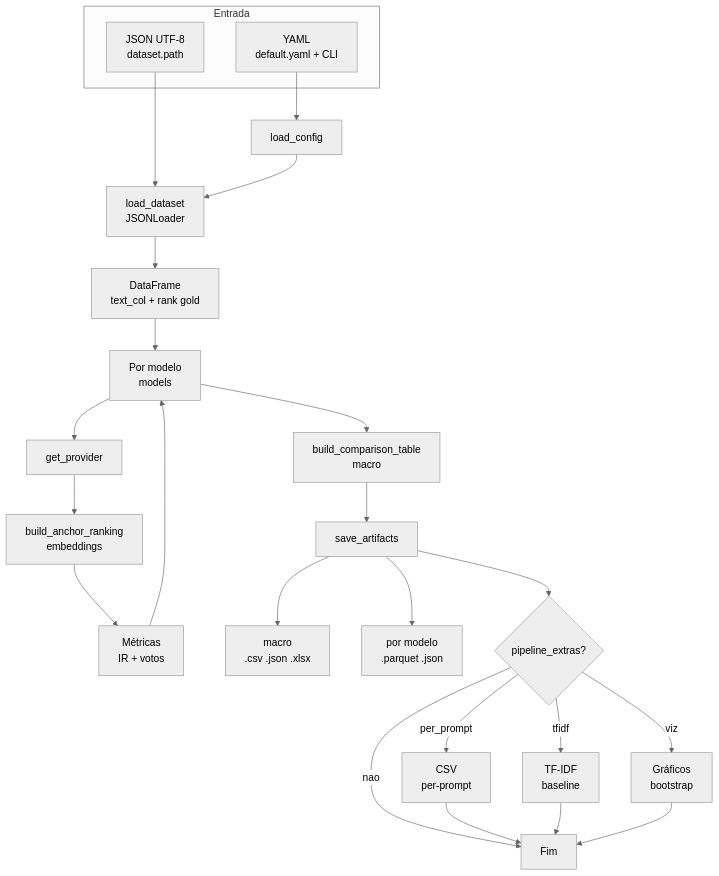
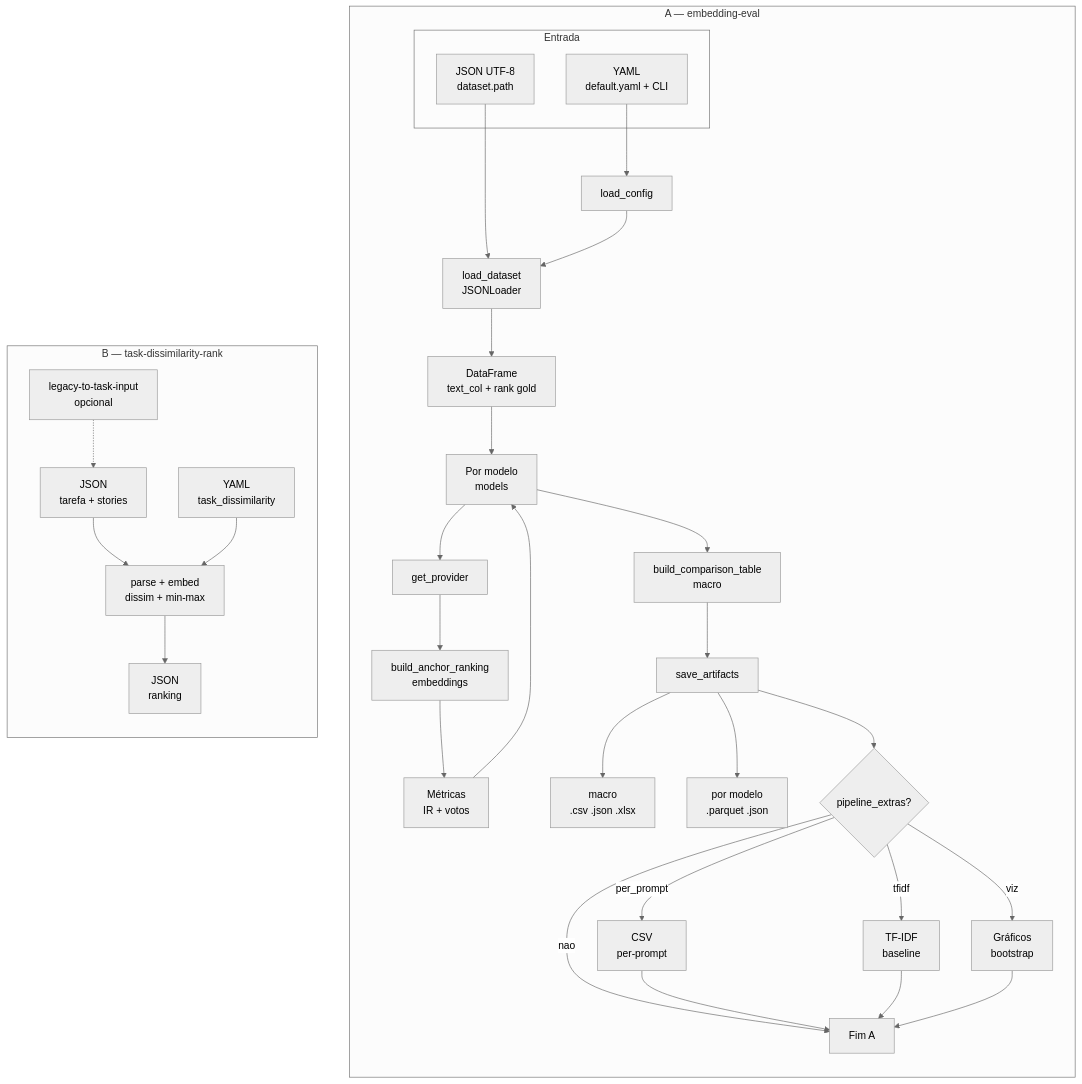
Before and after one commit to romulobrito/LLM-ideation: the diagram in embedding_models_eval/README.md, drawn with Mermaid (neutral theme). The commit also changed other lines of this file and 15 other files, not shown here.

First line of the commit message:
feat(embedding_models_eval): ranking por dissimilaridade com YAML e CLI

````diff
--- a/embedding_models_eval/README.md
+++ b/embedding_models_eval/README.md
@@ -11,28 +21,41 @@
 ```mermaid
 flowchart TD
-  subgraph ent[Entrada]
-    J["JSON UTF-8<br/>dataset.path"]
-    Y["YAML<br/>default.yaml + CLI"]
+  subgraph GA["A — embedding-eval"]
+    direction TB
+    subgraph ent[Entrada]
+      J["JSON UTF-8<br/>dataset.path"]
+      Y["YAML<br/>default.yaml + CLI"]
+    end
+    J --> LD["load_dataset<br/>JSONLoader"]
+    Y --> LC[load_config]
+    LC --> LD
+    LD --> DF["DataFrame<br/>text_col + rank gold"]
+    DF --> LP["Por modelo<br/>models"]
+    LP --> GP[get_provider]
+    GP --> BR["build_anchor_ranking<br/>embeddings"]
+    BR --> MC["Métricas<br/>IR + votos"]
+    MC --> LP
+    LP --> AG["build_comparison_table<br/>macro"]
+    AG --> SA[save_artifacts]
+    SA --> O1["macro<br/>.csv .json .xlsx"]
+    SA --> O2["por modelo<br/>.parquet .json"]
+    SA --> EX{"pipeline_extras?"}
+    EX -->|per_prompt| PP["CSV<br/>per-prompt"]
+    EX -->|tfidf| TF["TF-IDF<br/>baseline"]
+    EX -->|viz| VZ["Gráficos<br/>bootstrap"]
+    EX -->|nao| FIM[Fim A]
+    PP --> FIM
+    TF --> FIM
+    VZ --> FIM
   end
-  J --> LD["load_dataset<br/>JSONLoader"]
-  Y --> LC[load_config]
-  LC --> LD
-  LD --> DF["DataFrame<br/>text_col + rank gold"]
-  DF --> LP["Por modelo<br/>models"]
-  LP --> GP[get_provider]
-  GP --> BR["build_anchor_ranking<br/>embeddings"]
-  BR --> MC["Métricas<br/>IR + votos"]
-  MC --> LP
-  LP --> AG["build_comparison_table<br/>macro"]
-  AG --> SA[save_artifacts]
-  SA --> O1["macro<br/>.csv .json .xlsx"]
-  SA --> O2["por modelo<br/>.parquet .json"]
-  SA --> EX{"pipeline_extras?"}
-  EX -->|per_prompt| PP["CSV<br/>per-prompt"]
-  EX -->|tfidf| TF["TF-IDF<br/>baseline"]
-  EX -->|viz| VZ["Gráficos<br/>bootstrap"]
-  EX -->|nao| FIM[Fim]
-  PP --> FIM
-  TF --> FIM
-  VZ --> FIM
+
+  subgraph GB["B — task-dissimilarity-rank"]
+    direction TB
+    JT["JSON<br/>tarefa + stories"]
+    YT["YAML<br/>task_dissimilarity"]
+    LEG["legacy-to-task-input<br/>opcional"] -.-> JT
+    JT --> PR["parse + embed<br/>dissim + min-max"]
+    YT --> PR
+    PR --> JR["JSON<br/>ranking"]
+  end
 ```
````
